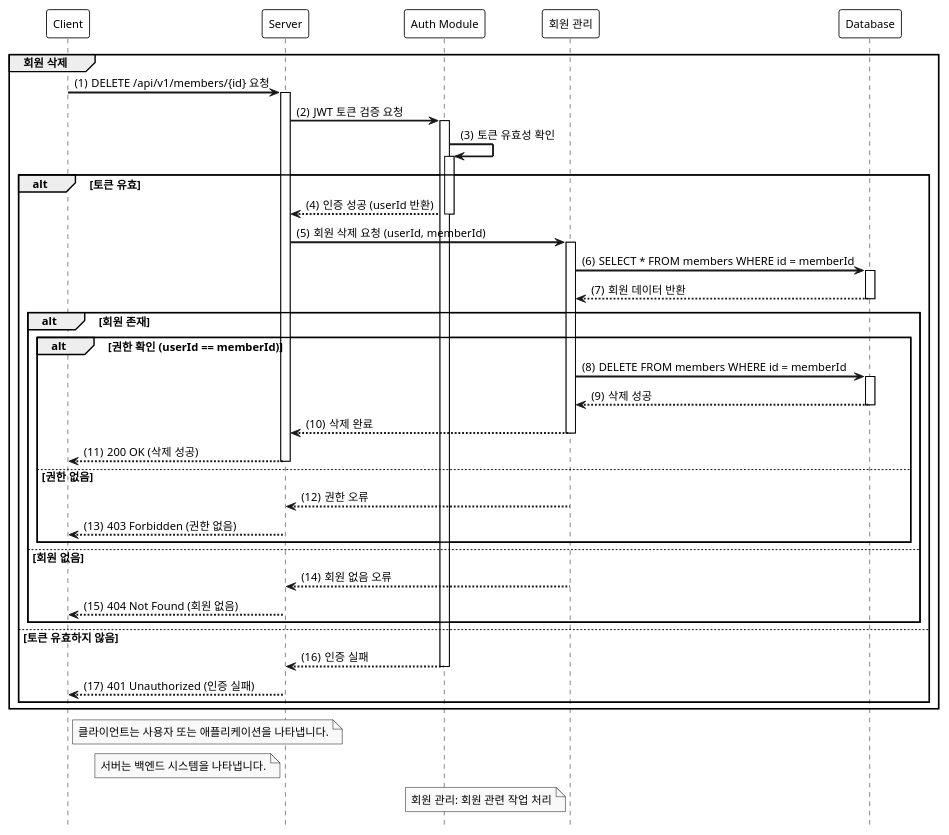
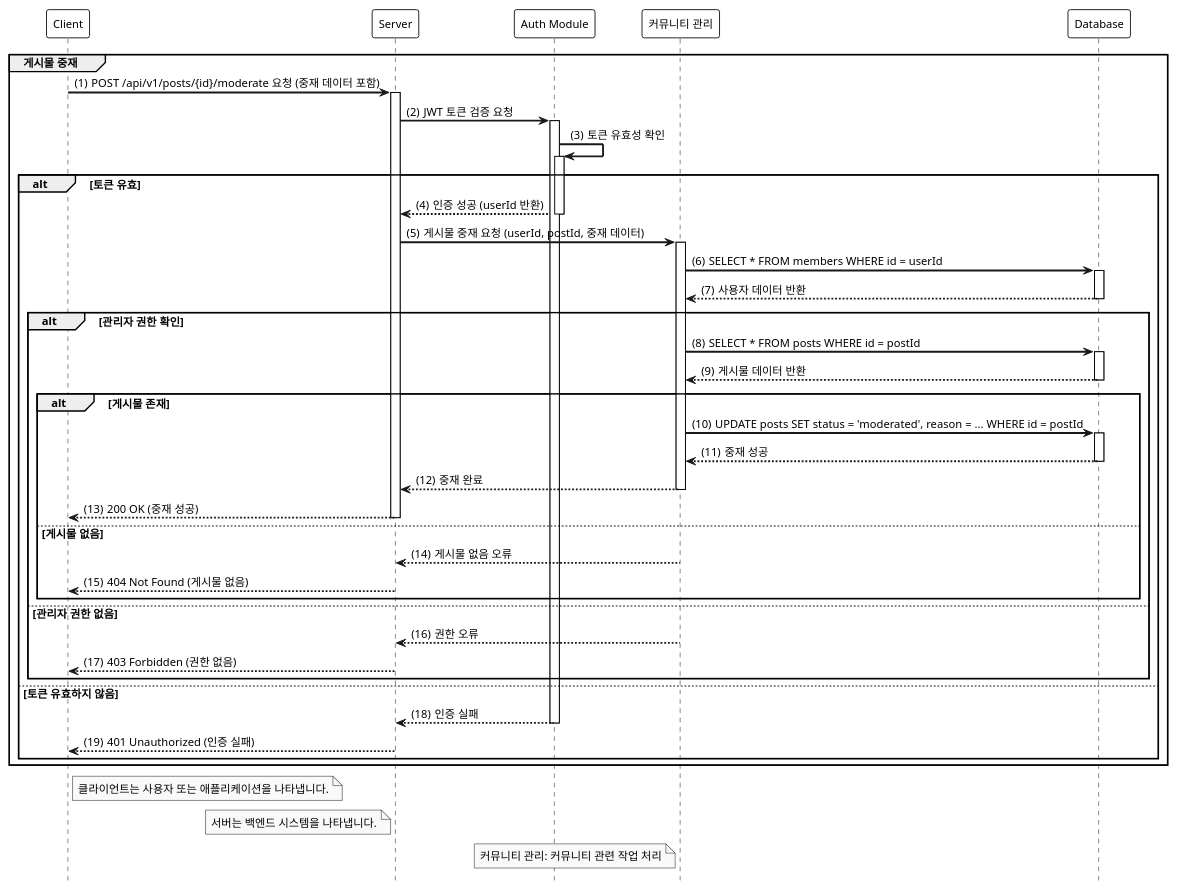
One commit to sumin220/SpringBoot_MemberBoard changed the diagram in Document/sample1.puml. Above: the diagram before and after it, drawn with PlantUML.

Commit message:
:sparkles: [Feat]: community uml

```diff
--- a/Document/sample1.puml
+++ b/Document/sample1.puml
@@ -1,61 +1,63 @@
 @startuml
 
 hide footbox
 autoactivate on
 
 ' 스타일 설정
 skinparam monochrome true
 skinparam shadowing false
 skinparam defaultFontSize 12
 skinparam defaultFontName Arial
 skinparam activityBackgroundColor #EFEFEF
 skinparam activityBorderColor #CCCCCC
 skinparam sequenceArrowThickness 2
 skinparam sequenceParticipantBorderThickness 1
 skinparam sequenceParticipantBackgroundColor #FFFFFF
 skinparam sequenceLifeLineBorderColor #000000
 skinparam sequenceLifeLineBackgroundColor #FFFFFF
 skinparam noteBackgroundColor #FFFFCC
 skinparam noteBorderColor #000000
 
 participant "Client" as C
 participant "Server" as S
 participant "Auth Module" as AM
-participant "회원 관리" as MM
+participant "커뮤니티 관리" as CM
 participant "Database" as DB
 
-group 회원 삭제
+group 게시물 중재
     autonumber 1 "(0)"
-    C -> S: DELETE /api/v1/members/{id} 요청
+    C -> S: POST /api/v1/posts/{id}/moderate 요청 (중재 데이터 포함)
     S -> AM: JWT 토큰 검증 요청
     AM -> AM: 토큰 유효성 확인
     alt 토큰 유효
         AM --> S: 인증 성공 (userId 반환)
-        S -> MM: 회원 삭제 요청 (userId, memberId)
-        MM -> DB: SELECT * FROM members WHERE id = memberId
-        DB --> MM: 회원 데이터 반환
-        alt 회원 존재
-            alt 권한 확인 (userId == memberId)
-                MM -> DB: DELETE FROM members WHERE id = memberId
-                DB --> MM: 삭제 성공
-                MM --> S: 삭제 완료
-                S --> C: 200 OK (삭제 성공)
-            else 권한 없음
-                MM --> S: 권한 오류
-                S --> C: 403 Forbidden (권한 없음)
+        S -> CM: 게시물 중재 요청 (userId, postId, 중재 데이터)
+        CM -> DB: SELECT * FROM members WHERE id = userId
+        DB --> CM: 사용자 데이터 반환
+        alt 관리자 권한 확인
+            CM -> DB: SELECT * FROM posts WHERE id = postId
+            DB --> CM: 게시물 데이터 반환
+            alt 게시물 존재
+                CM -> DB: UPDATE posts SET status = 'moderated', reason = ... WHERE id = postId
+                DB --> CM: 중재 성공
+                CM --> S: 중재 완료
+                S --> C: 200 OK (중재 성공)
+            else 게시물 없음
+                CM --> S: 게시물 없음 오류
+                S --> C: 404 Not Found (게시물 없음)
             end
-        else 회원 없음
-            MM --> S: 회원 없음 오류
-            S --> C: 404 Not Found (회원 없음)
+        else 관리자 권한 없음
+            CM --> S: 권한 오류
+            S --> C: 403 Forbidden (권한 없음)
         end
     else 토큰 유효하지 않음
         AM --> S: 인증 실패
         S --> C: 401 Unauthorized (인증 실패)
     end
 end
 
 note right of C: 클라이언트는 사용자 또는 애플리케이션을 나타냅니다.
 note left of S: 서버는 백엔드 시스템을 나타냅니다.
-note left of MM: 회원 관리: 회원 관련 작업 처리
+note left of CM: 커뮤니티 관리: 커뮤니티 관련 작업 처리
 
 @enduml
```
